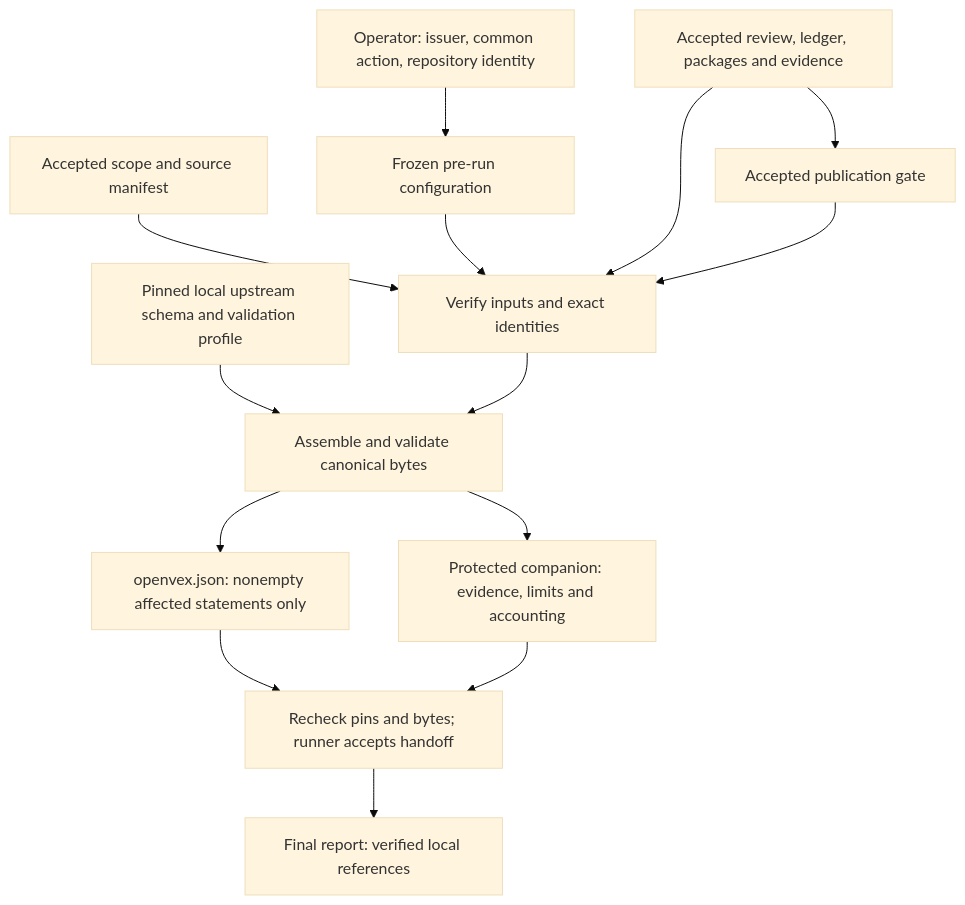
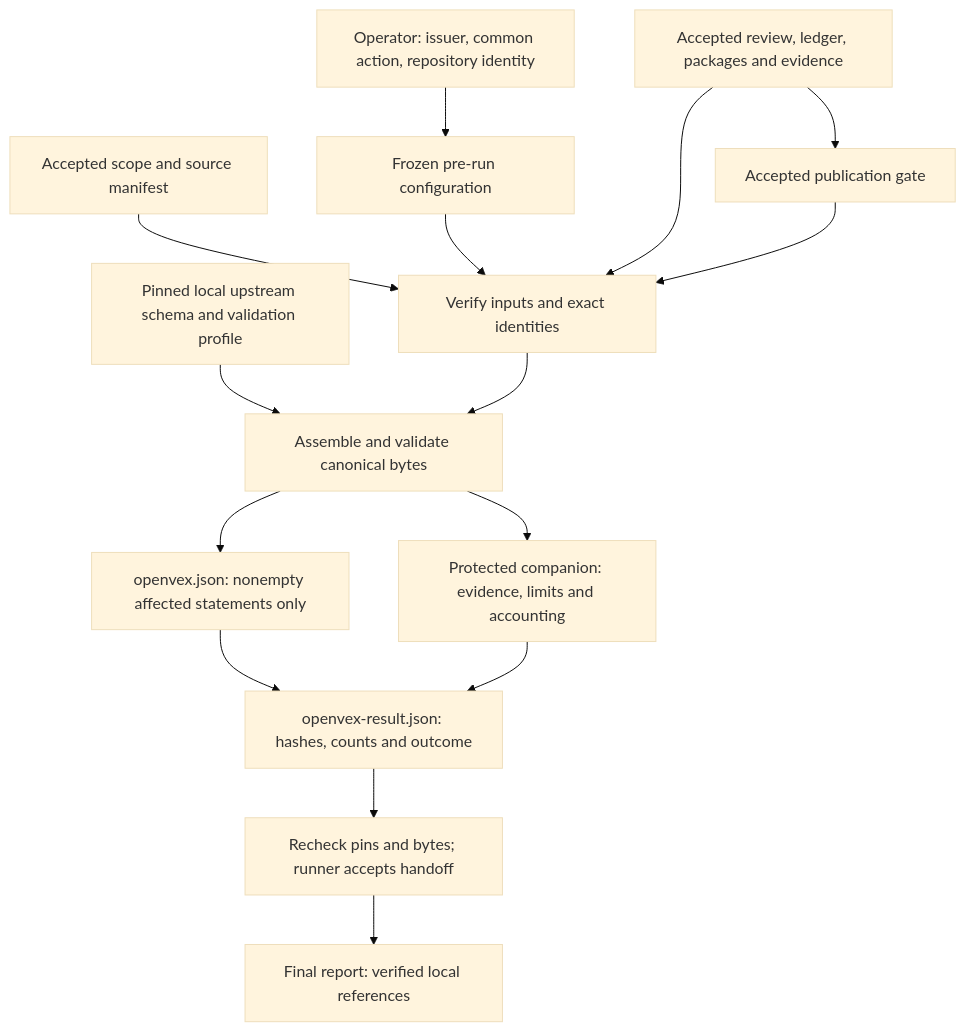
One commit to wsollers/appsec-review changed the first of 3 diagrams in docs/operations/openvex-export.md. Above: the diagram before and after it, drawn with Mermaid (base theme). The commit also changed other lines of this file and 5 other files, not shown here.

````diff
--- a/docs/operations/openvex-export.md
+++ b/docs/operations/openvex-export.md
@@ -31,16 +32,17 @@
 ```mermaid
 flowchart TD
     Operator["Operator: issuer, common action, repository identity"] --> Config["Frozen pre-run configuration"]
     Review["Accepted review, ledger, packages and evidence"] --> Gate["Accepted publication gate"]
     Scope["Accepted scope and source manifest"] --> Verify["Verify inputs and exact identities"]
     Config --> Verify
     Review --> Verify
     Gate --> Verify
     Schema["Pinned local upstream schema and validation profile"] --> Assemble["Assemble and validate canonical bytes"]
     Verify --> Assemble
     Assemble --> Vex["openvex.json: nonempty affected statements only"]
     Assemble --> Companion["Protected companion: evidence, limits and accounting"]
-    Vex --> Accept["Recheck pins and bytes; runner accepts handoff"]
-    Companion --> Accept
+    Vex --> Result["openvex-result.json: hashes, counts and outcome"]
+    Companion --> Result
+    Result --> Accept["Recheck pins and bytes; runner accepts handoff"]
     Accept --> Report["Final report: verified local references"]
 ```
````
